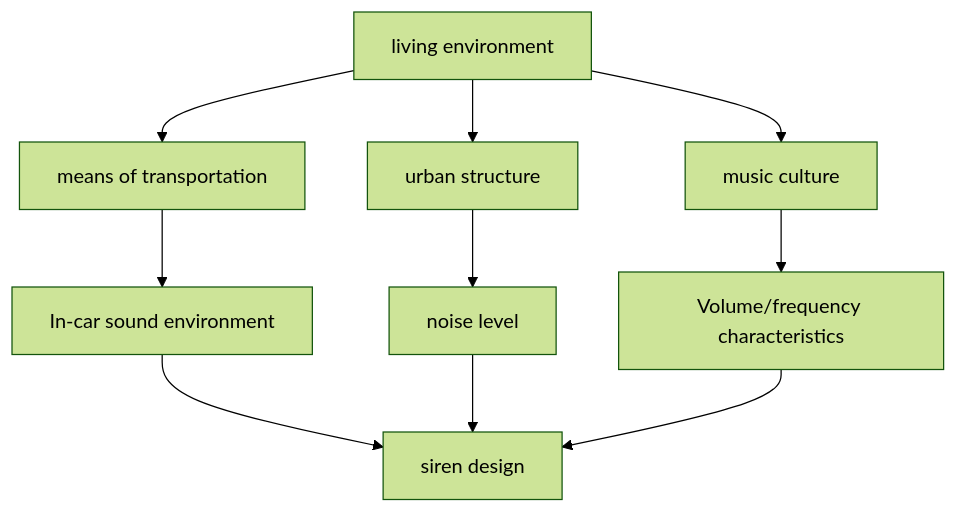
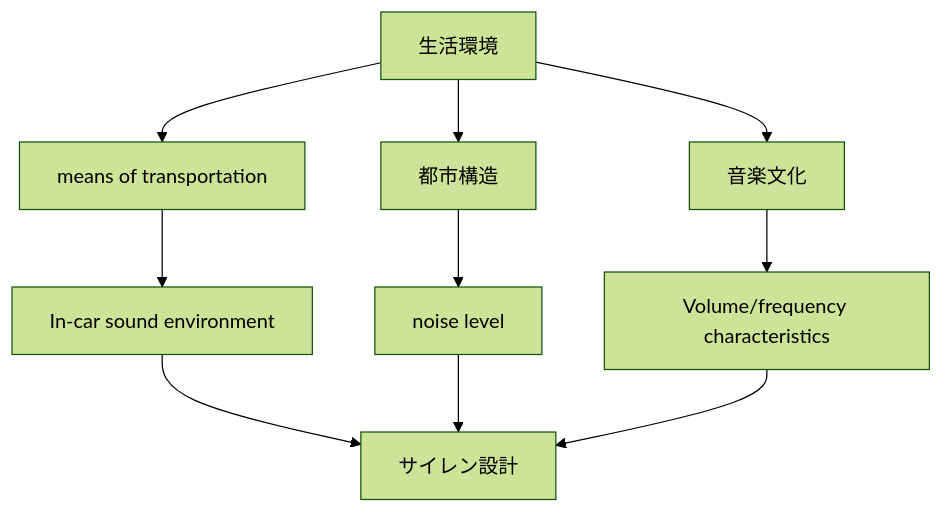
The first of 2 diagrams in en/_posts/2026-04-25-column-siren-sound.md (monumental-movement/monumental-movement.github.io), drawn with Mermaid (forest theme) before and after one commit. The commit also changed other lines of this file and 2196 other files, not shown here.

```diff
--- a/en/_posts/2026-04-25-column-siren-sound.md
+++ b/en/_posts/2026-04-25-column-siren-sound.md
@@ -224,12 +223,12 @@
 <div class="mermaid">
 graph TD
-A[living environment] --> B[means of transportation]
-A --> C[urban structure]
-A --> D[music culture]
+A[生活環境] --> B[means of transportation]
+A --> C[都市構造]
+A --> D[音楽文化]
 B --> E[In-car sound environment]
 C --> F[noise level]
 D --> G[Volume/frequency characteristics]
-E --> H[siren design]
+E --> H[サイレン設計]
 F --> H
 G --> H
 </div>
```
